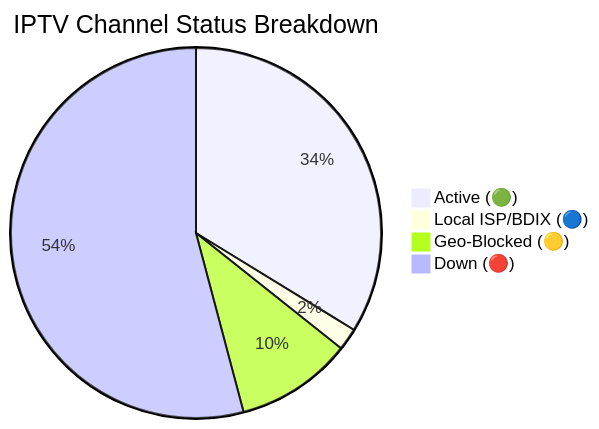
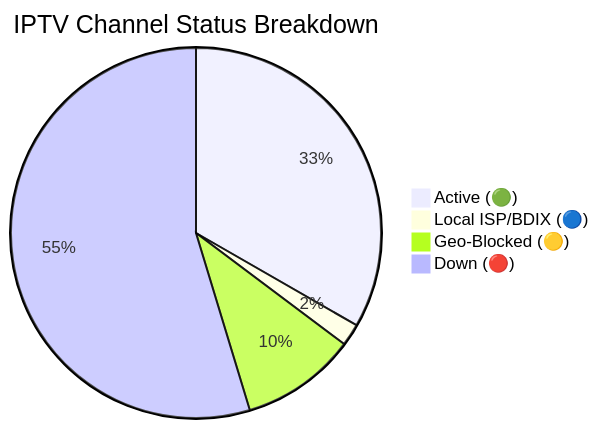
Before and after one commit to andreataylord/Ip-tv-Collection: the diagram in README.md, drawn with Mermaid. The commit also changed other lines of this file and 1 other file, not shown here.

Commit message:
docs(readme): auto-update daily channel status chart

````diff
--- a/README.md
+++ b/README.md
@@ -59,7 +59,7 @@
 ```mermaid
 pie title IPTV Channel Status Breakdown
-    "Active (🟢)" : 2233
+    "Active (🟢)" : 2203
     "Local ISP/BDIX (🔵)" : 128
-    "Geo-Blocked (🟡)" : 673
-    "Down (🔴)" : 3581
+    "Geo-Blocked (🟡)" : 666
+    "Down (🔴)" : 3618
 ```
````
